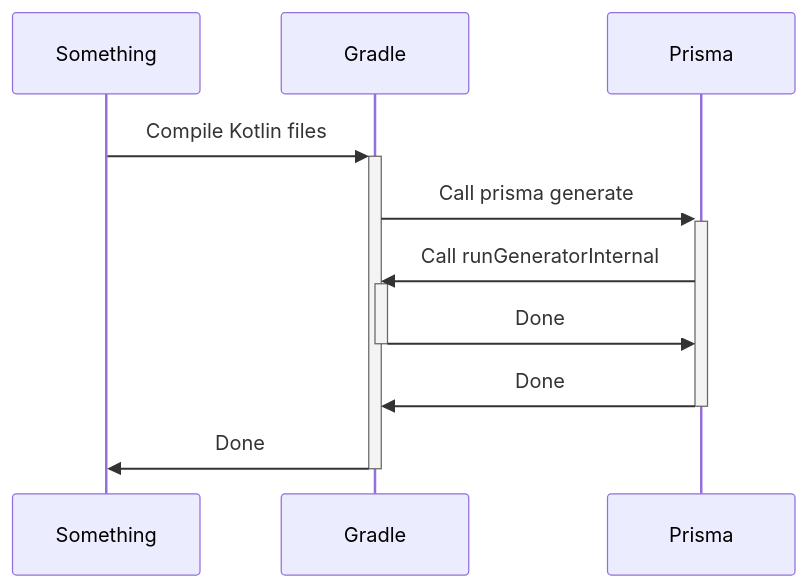
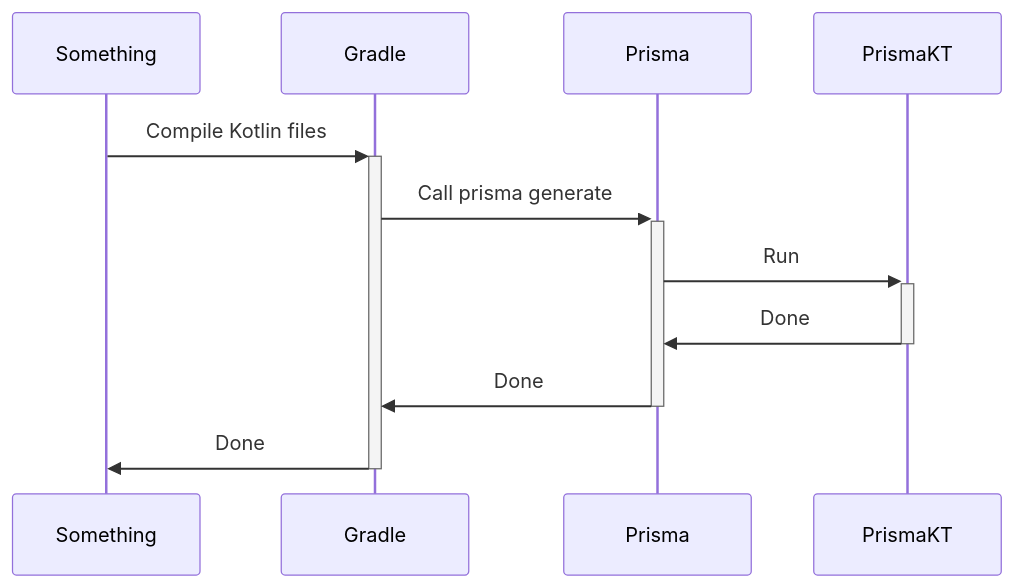
The first of 2 diagrams in docs/docs/modules/core/prismakt/index.md (utybo/Tegral), drawn with Mermaid before and after one commit. The commit also changed other lines of this file and 12 other files, not shown here.

````diff
--- a/docs/docs/modules/core/prismakt/index.md
+++ b/docs/docs/modules/core/prismakt/index.md
@@ -74,9 +74,9 @@
 ```mermaid
 sequenceDiagram
 Something ->>+ Gradle: Compile Kotlin files
 Gradle ->>+ Prisma: Call prisma generate
-Prisma ->>+ Gradle: Call runGeneratorInternal
-Gradle ->>- Prisma: Done
+Prisma ->>+ PrismaKT: Run
+PrismaKT ->>- Prisma: Done
 Prisma ->>- Gradle: Done
 Gradle ->>- Something: Done
 ```
````
